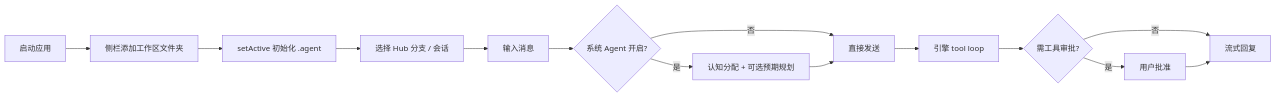
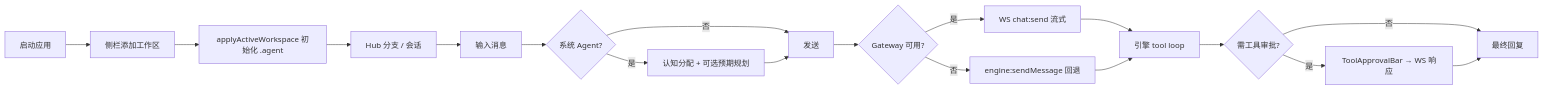
The diagram in AICodeFile/产品原型.md (ordinaryXg/ClawFlow), drawn with Mermaid before and after one commit. The commit also changed other lines of this file and 46 other files, not shown here.

````diff
--- a/AICodeFile/产品原型.md
+++ b/AICodeFile/产品原型.md
@@ -124,16 +142,20 @@
 ```mermaid
 flowchart LR
-  A[启动应用] --> B[侧栏添加工作区文件夹]
-  B --> C[setActive 初始化 .agent]
-  C --> D[选择 Hub 分支 / 会话]
+  A[启动应用] --> B[侧栏添加工作区]
+  B --> C[applyActiveWorkspace 初始化 .agent]
+  C --> D[Hub 分支 / 会话]
   D --> E[输入消息]
-  E --> F{系统 Agent 开启?}
+  E --> F{系统 Agent?}
   F -->|是| G[认知分配 + 可选预期规划]
-  F -->|否| H[直接发送]
+  F -->|否| H[发送]
   G --> H
-  H --> I[引擎 tool loop]
-  I --> J{需工具审批?}
-  J -->|是| K[用户批准]
-  J -->|否| L[流式回复]
+  H --> I{Gateway 可用?}
+  I -->|是| J[WS chat:send 流式]
+  I -->|否| K[engine:sendMessage 回退]
+  J --> L[引擎 tool loop]
   K --> L
+  L --> M{需工具审批?}
+  M -->|是| N[ToolApprovalBar → WS 响应]
+  M -->|否| O[最终回复]
+  N --> O
 ```
````
